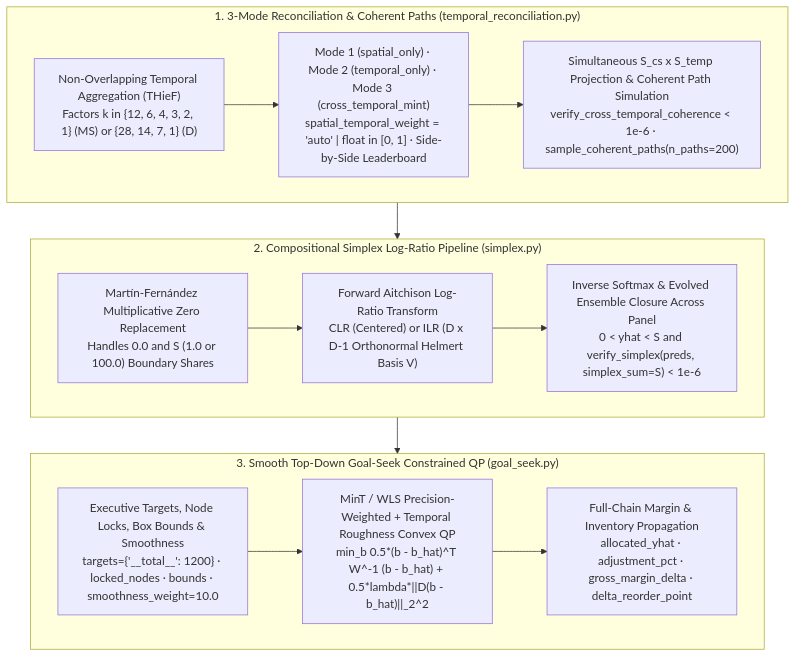
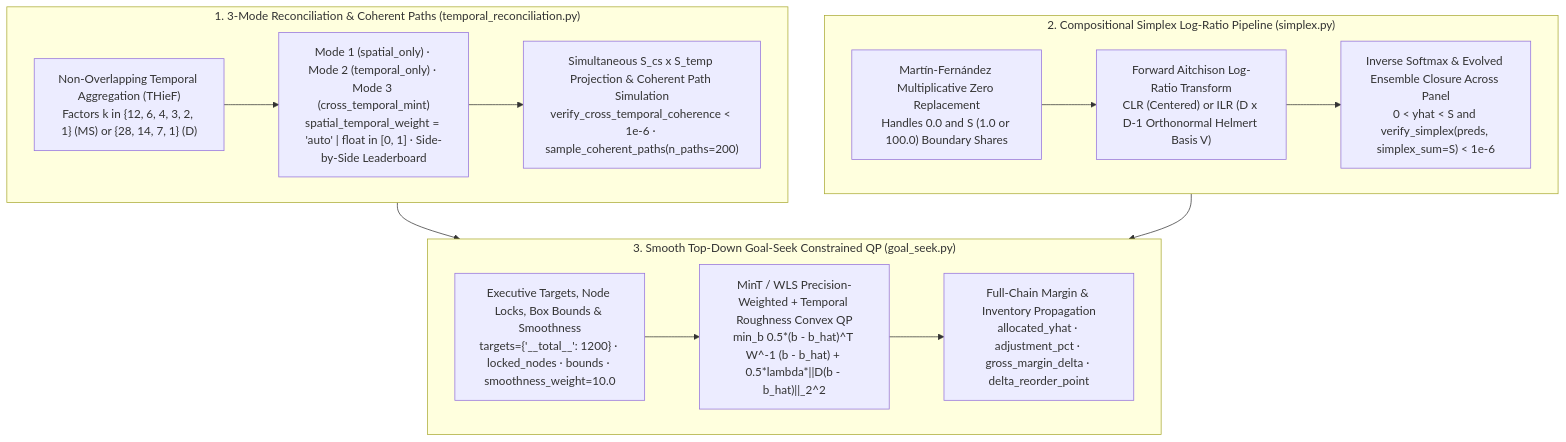
Before and after one commit to statmike/scale-forecasting: the third of 5 diagrams in docs/forecaster_workbench.md, drawn with Mermaid. The commit also changed other lines of this file and 16 other files, not shown here.

Commit message:
docs: expand temporal reconciliation reference, fix GitHub MathJax & Mermaid aspect ratios, and add pre-commit tripwires

````diff
--- a/docs/forecaster_workbench.md
+++ b/docs/forecaster_workbench.md
@@ -198,25 +199,25 @@
 ```mermaid
 flowchart TD
     subgraph THieF["1. 3-Mode Reconciliation & Coherent Paths (temporal_reconciliation.py)"]
         T1["Non-Overlapping Temporal Aggregation (THieF)<br/>Factors k in {12, 6, 4, 3, 2, 1} (MS) or {28, 14, 7, 1} (D)"]
         T2["Mode 1 (spatial_only) · Mode 2 (temporal_only) · Mode 3 (cross_temporal_mint)<br/>spatial_temporal_weight = 'auto' | float in [0, 1] · Side-by-Side Leaderboard"]
         T3["Simultaneous S_cs x S_temp Projection & Coherent Path Simulation<br/>verify_cross_temporal_coherence < 1e-6 · sample_coherent_paths(n_paths=200)"]
         T1 --> T2 --> T3
     end
 
     subgraph Simplex["2. Compositional Simplex Log-Ratio Pipeline (simplex.py)"]
         X1["Martín-Fernández Multiplicative Zero Replacement<br/>Handles 0.0 and S (1.0 or 100.0) Boundary Shares"]
         X2["Forward Aitchison Log-Ratio Transform<br/>CLR (Centered) or ILR (D x D-1 Orthonormal Helmert Basis V)"]
         X3["Inverse Softmax & Evolved Ensemble Closure Across Panel<br/>0 < yhat < S and verify_simplex(preds, simplex_sum=S) < 1e-6"]
         X1 --> X2 --> X3
     end
 
     subgraph GoalSeek["3. Smooth Top-Down Goal-Seek Constrained QP (goal_seek.py)"]
         G1["Executive Targets, Node Locks, Box Bounds & Smoothness<br/>targets={'__total__': 1200} · locked_nodes · bounds · smoothness_weight=10.0"]
         G2["MinT / WLS Precision-Weighted + Temporal Roughness Convex QP<br/>min_b 0.5*(b - b_hat)^T W^-1 (b - b_hat) + 0.5*lambda*||D(b - b_hat)||_2^2"]
         G3["Full-Chain Margin & Inventory Propagation<br/>allocated_yhat · adjustment_pct · gross_margin_delta · delta_reorder_point"]
         G1 --> G2 --> G3
     end
 
-    THieF --> Simplex --> GoalSeek
+    THieF & Simplex --> GoalSeek
 ```
````
